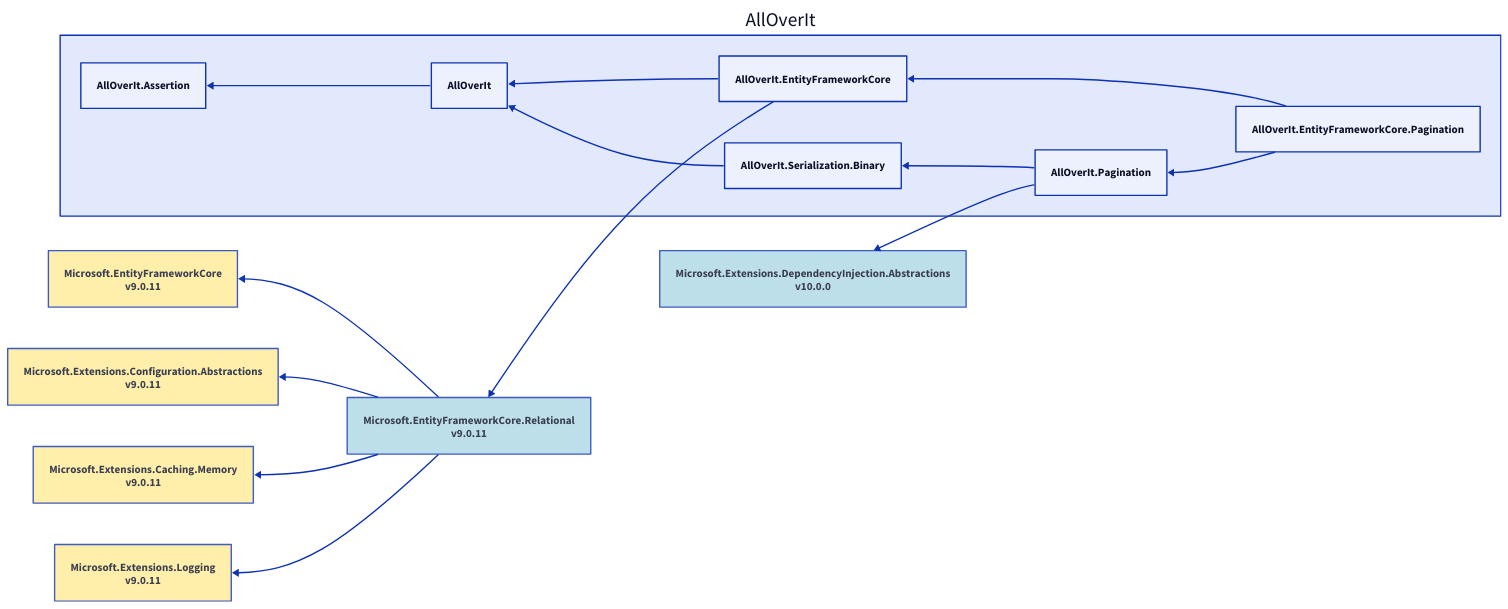
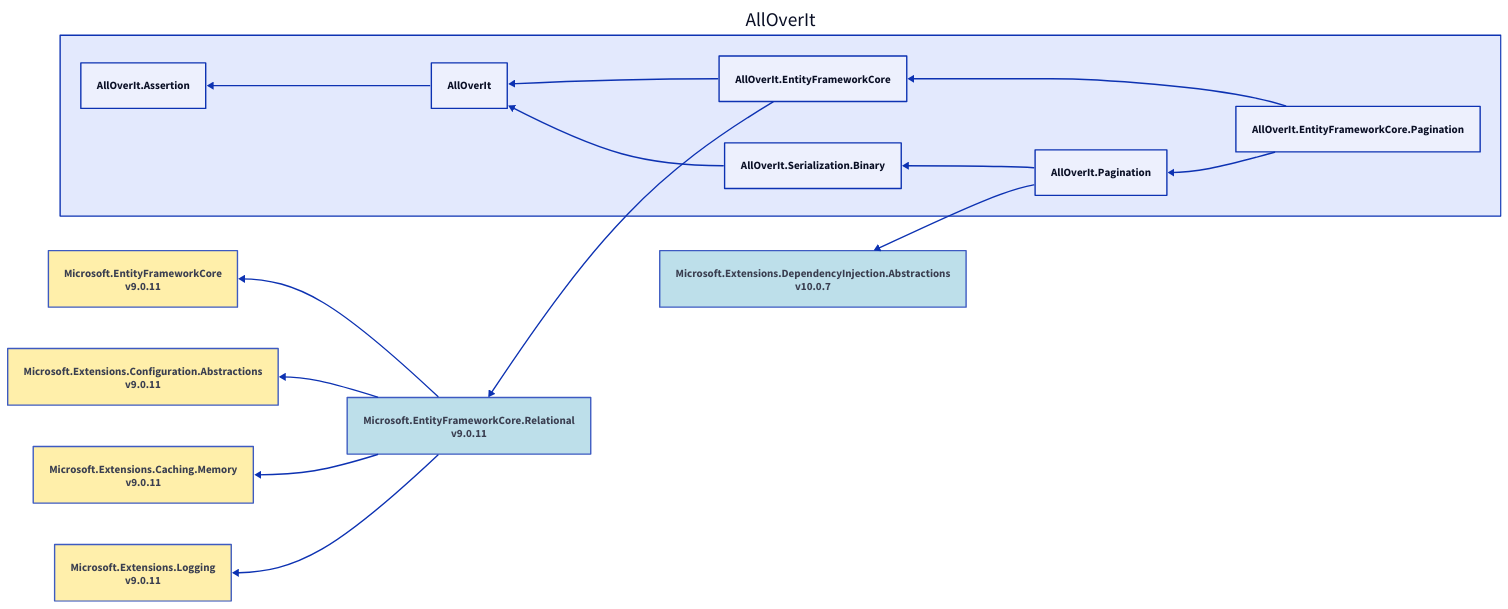
Before and after one commit to mjfreelancing/AllOverIt: the diagram in Docs/Reference/Content/images/dependencies/net8.0/alloverit-entityframeworkcore-pagination.d2, drawn with D2. The commit also changed 132 other files, not shown here.

```diff
--- a/Docs/Reference/Content/images/dependencies/net8.0/alloverit-entityframeworkcore-pagination.d2
+++ b/Docs/Reference/Content/images/dependencies/net8.0/alloverit-entityframeworkcore-pagination.d2
@@ -1,39 +1,39 @@
 direction: left
 
 aoi: AllOverIt
 aoi.alloverit-entityframeworkcore-pagination: AllOverIt.EntityFrameworkCore.Pagination
 aoi.alloverit-entityframeworkcore: AllOverIt.EntityFrameworkCore
 microsoft-entityframeworkcore-relational_9-0-11: Microsoft.EntityFrameworkCore.Relational\nv9.0.11
 microsoft-entityframeworkcore-relational_9-0-11.style.fill: "#ADD8E6"
 microsoft-entityframeworkcore-relational_9-0-11.style.opacity: 0.8
 microsoft-entityframeworkcore_9-0-11: Microsoft.EntityFrameworkCore\nv9.0.11
 microsoft-entityframeworkcore_9-0-11.style.fill: "#FFEC96"
 microsoft-entityframeworkcore_9-0-11.style.opacity: 0.8
 microsoft-entityframeworkcore_9-0-11 <- microsoft-entityframeworkcore-relational_9-0-11
 microsoft-extensions-configuration-abstractions_9-0-11: Microsoft.Extensions.Configuration.Abstractions\nv9.0.11
 microsoft-extensions-configuration-abstractions_9-0-11.style.fill: "#FFEC96"
 microsoft-extensions-configuration-abstractions_9-0-11.style.opacity: 0.8
 microsoft-extensions-configuration-abstractions_9-0-11 <- microsoft-entityframeworkcore-relational_9-0-11
 microsoft-extensions-caching-memory_9-0-11: Microsoft.Extensions.Caching.Memory\nv9.0.11
 microsoft-extensions-caching-memory_9-0-11.style.fill: "#FFEC96"
 microsoft-extensions-caching-memory_9-0-11.style.opacity: 0.8
 microsoft-extensions-caching-memory_9-0-11 <- microsoft-entityframeworkcore-relational_9-0-11
 microsoft-extensions-logging_9-0-11: Microsoft.Extensions.Logging\nv9.0.11
 microsoft-extensions-logging_9-0-11.style.fill: "#FFEC96"
 microsoft-extensions-logging_9-0-11.style.opacity: 0.8
 microsoft-extensions-logging_9-0-11 <- microsoft-entityframeworkcore-relational_9-0-11
 microsoft-entityframeworkcore-relational_9-0-11 <- aoi.alloverit-entityframeworkcore
 aoi.alloverit: AllOverIt
 aoi.alloverit-assertion: AllOverIt.Assertion
 aoi.alloverit-assertion <- aoi.alloverit
 aoi.alloverit <- aoi.alloverit-entityframeworkcore
 aoi.alloverit-entityframeworkcore <- aoi.alloverit-entityframeworkcore-pagination
 aoi.alloverit-pagination: AllOverIt.Pagination
-microsoft-extensions-dependencyinjection-abstractions_10-0-0: Microsoft.Extensions.DependencyInjection.Abstractions\nv10.0.0
-microsoft-extensions-dependencyinjection-abstractions_10-0-0.style.fill: "#ADD8E6"
-microsoft-extensions-dependencyinjection-abstractions_10-0-0.style.opacity: 0.8
-microsoft-extensions-dependencyinjection-abstractions_10-0-0 <- aoi.alloverit-pagination
+microsoft-extensions-dependencyinjection-abstractions_10-0-7: Microsoft.Extensions.DependencyInjection.Abstractions\nv10.0.7
+microsoft-extensions-dependencyinjection-abstractions_10-0-7.style.fill: "#ADD8E6"
+microsoft-extensions-dependencyinjection-abstractions_10-0-7.style.opacity: 0.8
+microsoft-extensions-dependencyinjection-abstractions_10-0-7 <- aoi.alloverit-pagination
 aoi.alloverit-serialization-binary: AllOverIt.Serialization.Binary
 aoi.alloverit <- aoi.alloverit-serialization-binary
 aoi.alloverit-serialization-binary <- aoi.alloverit-pagination
 aoi.alloverit-pagination <- aoi.alloverit-entityframeworkcore-pagination
```
